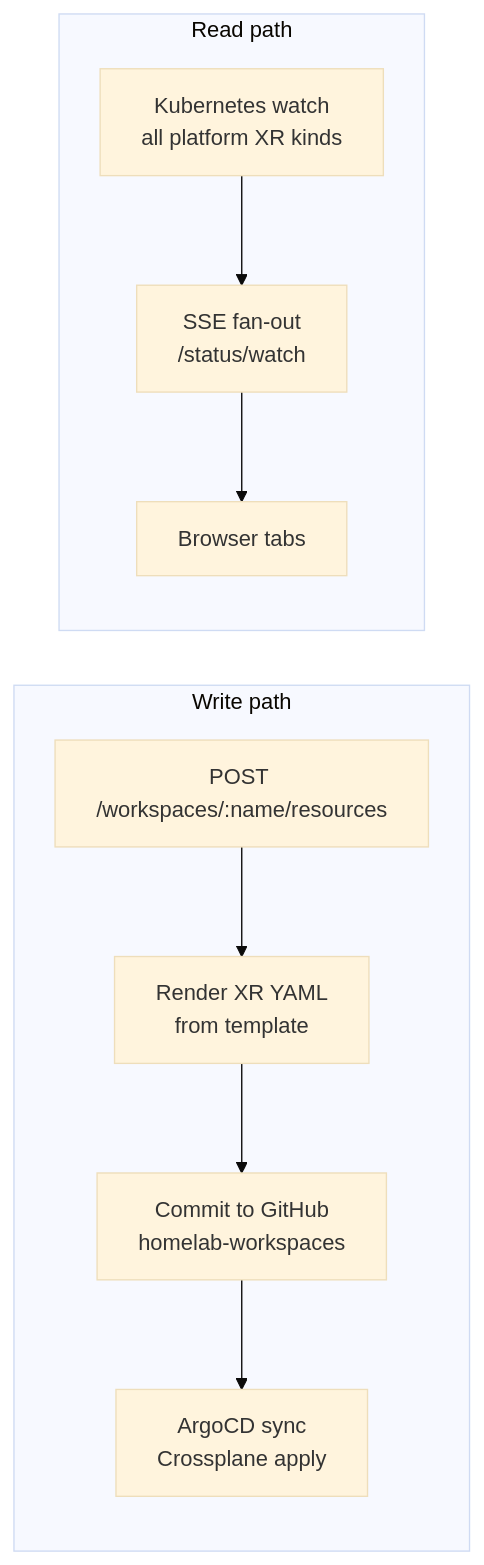
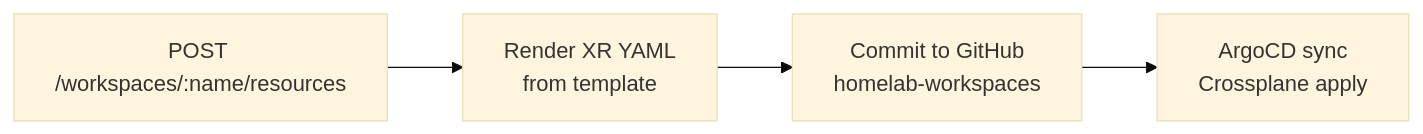
One commit to cujarrett/launchpad-api changed the first of 2 diagrams in README.md. Above: the diagram before and after it, drawn with Mermaid (base theme). The commit also changed other lines of this file, not shown here.

Commit message:
docs: update README to clarify write and read paths with improved flowchart representation

````diff
--- a/README.md
+++ b/README.md
@@ -12,18 +14,9 @@
 ```mermaid
 %%{init: {'flowchart': {'nodeSpacing': 40, 'rankSpacing': 55}}}%%
 flowchart LR
-    subgraph write["Write path"]
-        w1["POST /workspaces/:name/resources"]
-        w2["Render XR YAML\nfrom template"]
-        w3["Commit to GitHub\nhomelab-workspaces"]
-        w4["ArgoCD sync\nCrossplane apply"]
-        w1 --> w2 --> w3 --> w4
-    end
-
-    subgraph read["Read path"]
-        r1["Kubernetes watch\nall platform XR kinds"]
-        r2["SSE fan-out\n/status/watch"]
-        r3["Browser tabs"]
-        r1 --> r2 --> r3
-    end
+    w1["POST /workspaces/:name/resources"]
+    w2["Render XR YAML\nfrom template"]
+    w3["Commit to GitHub\nhomelab-workspaces"]
+    w4["ArgoCD sync\nCrossplane apply"]
+    w1 --> w2 --> w3 --> w4
 ```
````
